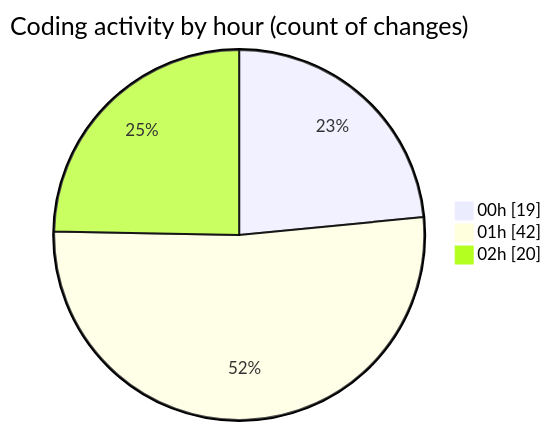
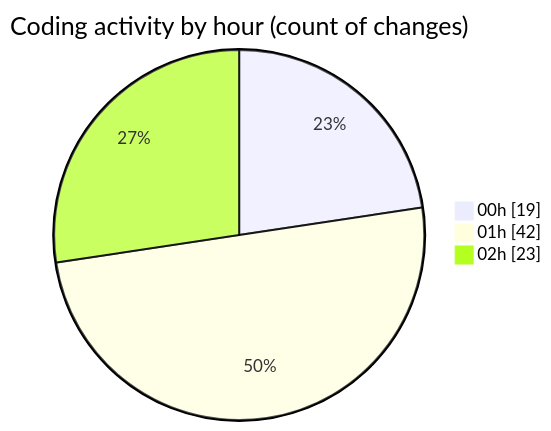
One commit to momahboobian/code-tracking changed the second of 2 diagrams in 2025-02-23/pdf-analysis-app/README.md. Above: the diagram before and after it, drawn with Mermaid. The commit also changed other lines of this file and 1 other file, not shown here.

````diff
--- a/2025-02-23/pdf-analysis-app/README.md
+++ b/2025-02-23/pdf-analysis-app/README.md
@@ -44,7 +44,7 @@
 ```mermaid
 pie showData
 title Coding activity by hour (count of changes)
 "00h" : 19
 "01h" : 42
-"02h" : 20
+"02h" : 23
 ```
````
